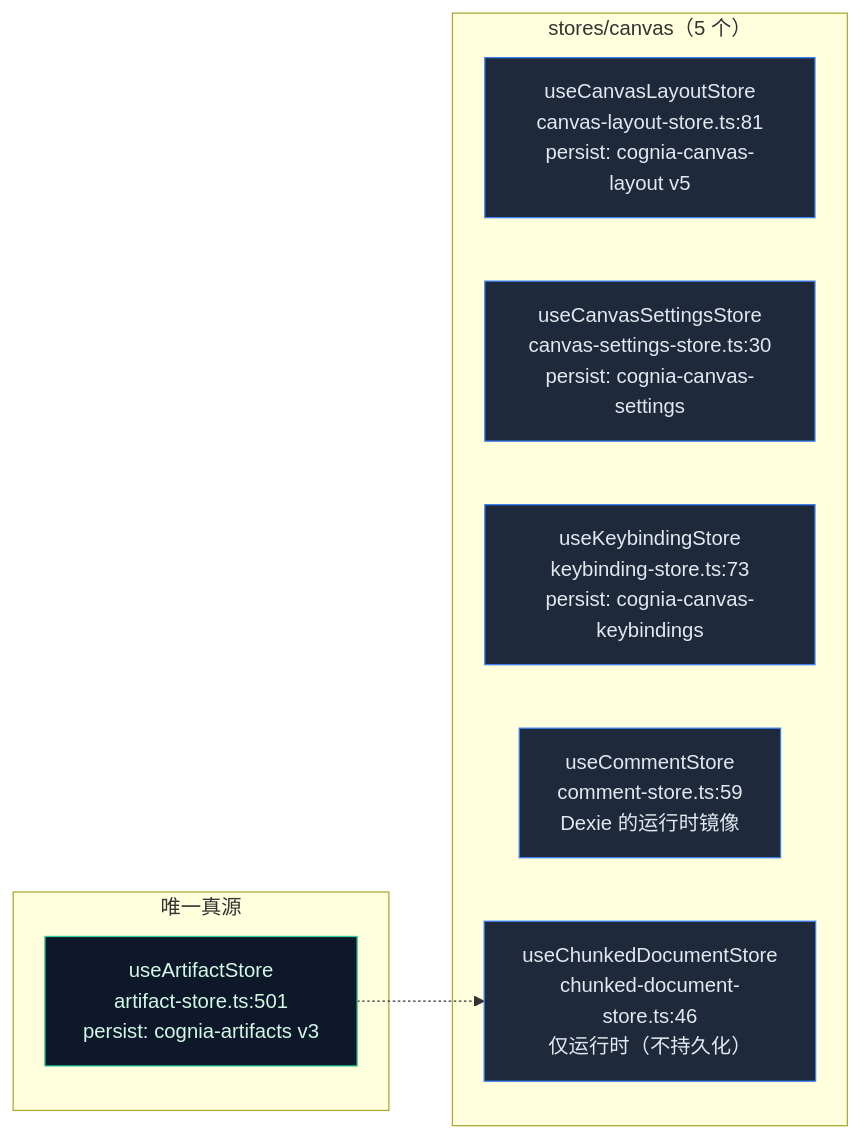
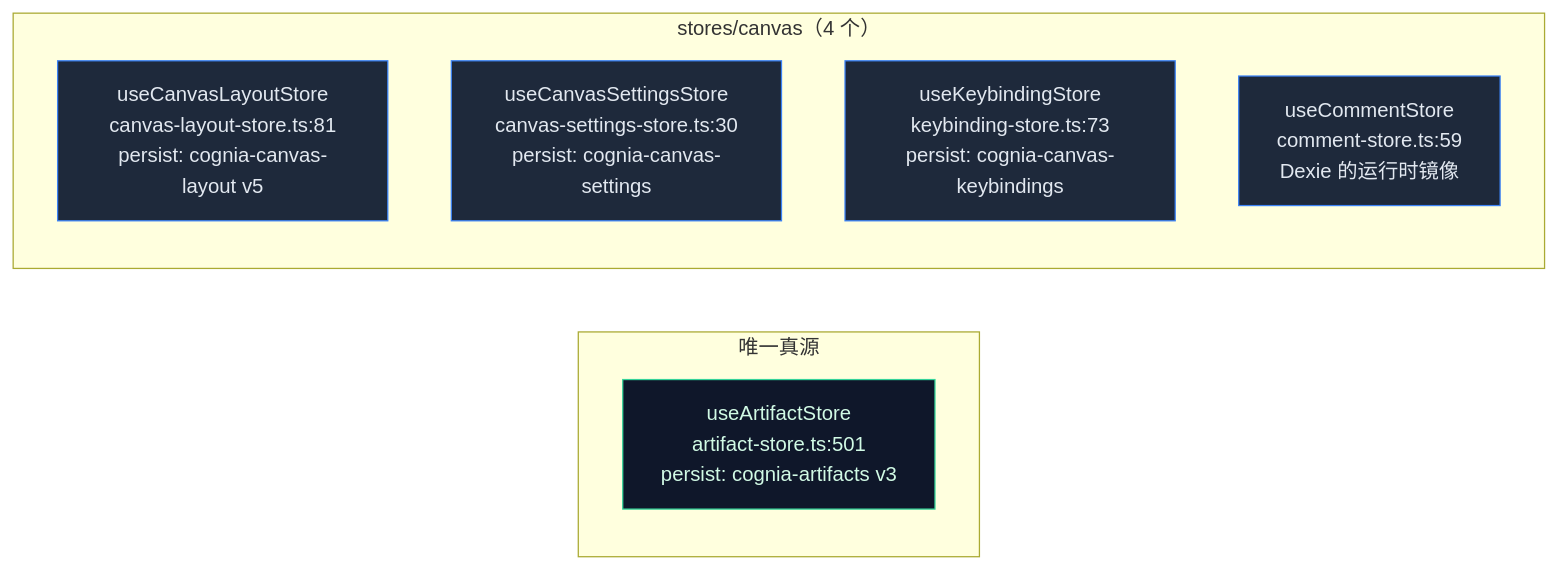
One commit to MaxQian888/cognia-next changed the first of 2 diagrams in docs/content/docs/zh/subsystems/canvas/state-persistence.mdx. Above: the diagram before and after it, drawn with Mermaid. The commit also changed other lines of this file and 43 other files, not shown here.

````diff
--- a/docs/content/docs/zh/subsystems/canvas/state-persistence.mdx
+++ b/docs/content/docs/zh/subsystems/canvas/state-persistence.mdx
@@ -50,18 +50,16 @@
 ```mermaid
 flowchart LR
   subgraph SOT["唯一真源"]
     ART["useArtifactStore<br/>artifact-store.ts:501<br/>persist: cognia-artifacts v3"]
   end
-  subgraph CANVAS["stores/canvas（5 个）"]
+  subgraph CANVAS["stores/canvas（4 个）"]
     L["useCanvasLayoutStore<br/>canvas-layout-store.ts:81<br/>persist: cognia-canvas-layout v5"]
     S["useCanvasSettingsStore<br/>canvas-settings-store.ts:30<br/>persist: cognia-canvas-settings"]
     K["useKeybindingStore<br/>keybinding-store.ts:73<br/>persist: cognia-canvas-keybindings"]
     C["useCommentStore<br/>comment-store.ts:59<br/>Dexie 的运行时镜像"]
-    CH["useChunkedDocumentStore<br/>chunked-document-store.ts:46<br/>仅运行时（不持久化）"]
   end
-  ART -.-> CH
   classDef sot fill:#0f172a,stroke:#34d399,color:#d1fae5
   classDef st fill:#1e293b,stroke:#3b82f6,color:#e2e8f0
   class ART sot
-  class L,S,K,C,CH st
+  class L,S,K,C st
 ```
````
